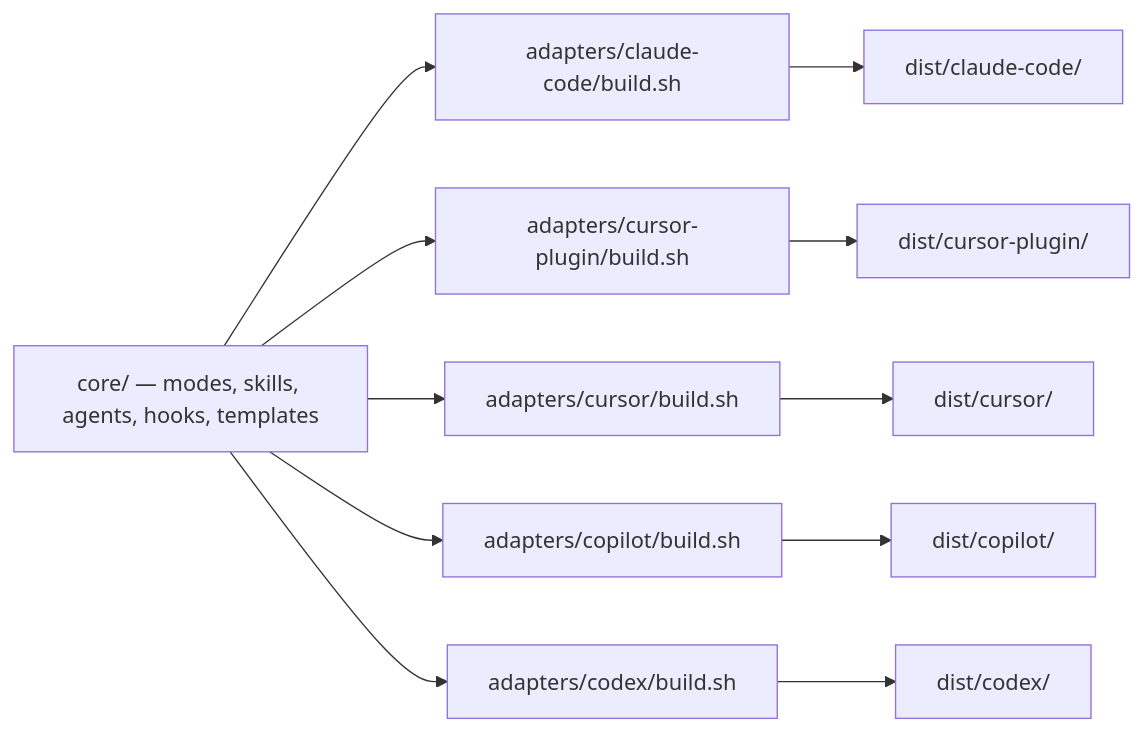
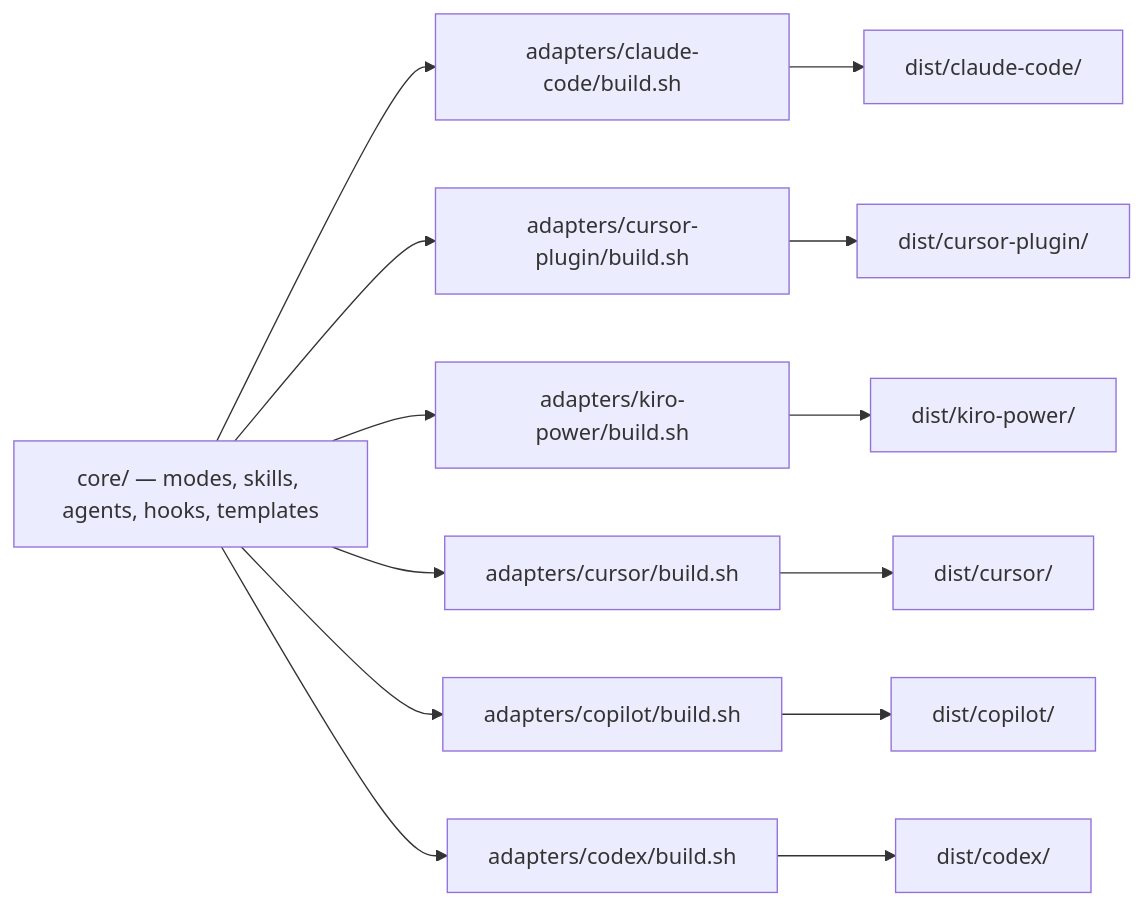
The diagram in docs/architecture/system.md (the-psi/pai-orbit), drawn with Mermaid before and after one commit. The commit also changed other lines of this file and 36 other files, not shown here.

First line of the commit message:
Add Kiro Power adapter (#54)

````diff
--- a/docs/architecture/system.md
+++ b/docs/architecture/system.md
@@ -30,13 +31,15 @@
 ```mermaid
 graph LR
     core[core/ — modes, skills, agents, hooks, templates] --> claudecode[adapters/claude-code/build.sh]
     core --> cursorplugin[adapters/cursor-plugin/build.sh]
+    core --> kiropower[adapters/kiro-power/build.sh]
     core --> cursor[adapters/cursor/build.sh]
     core --> copilot[adapters/copilot/build.sh]
     core --> codex[adapters/codex/build.sh]
     claudecode --> distcc[dist/claude-code/]
     cursorplugin --> distcp[dist/cursor-plugin/]
+    kiropower --> distkp[dist/kiro-power/]
     cursor --> distc[dist/cursor/]
     copilot --> distco[dist/copilot/]
     codex --> distcx[dist/codex/]
 ```
````
